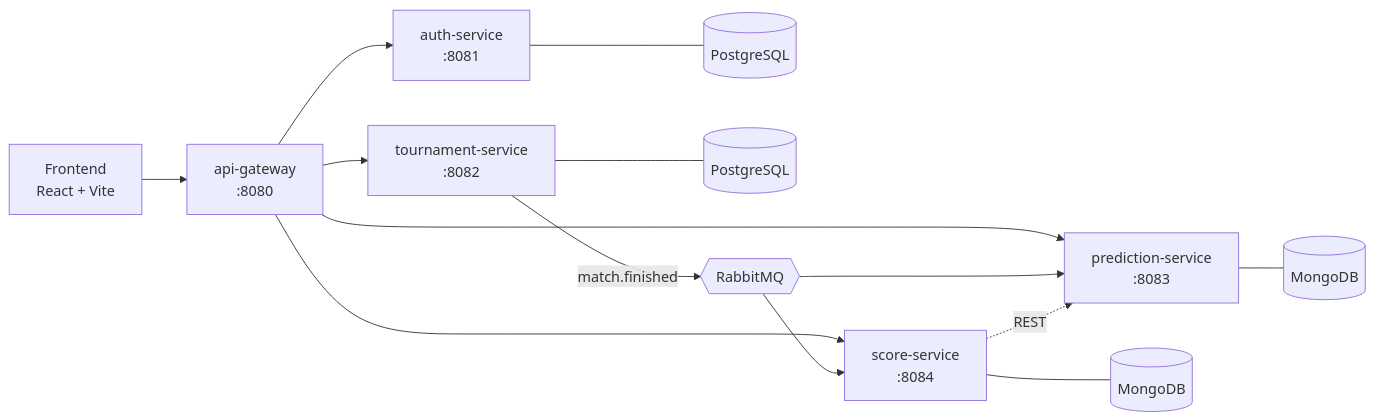
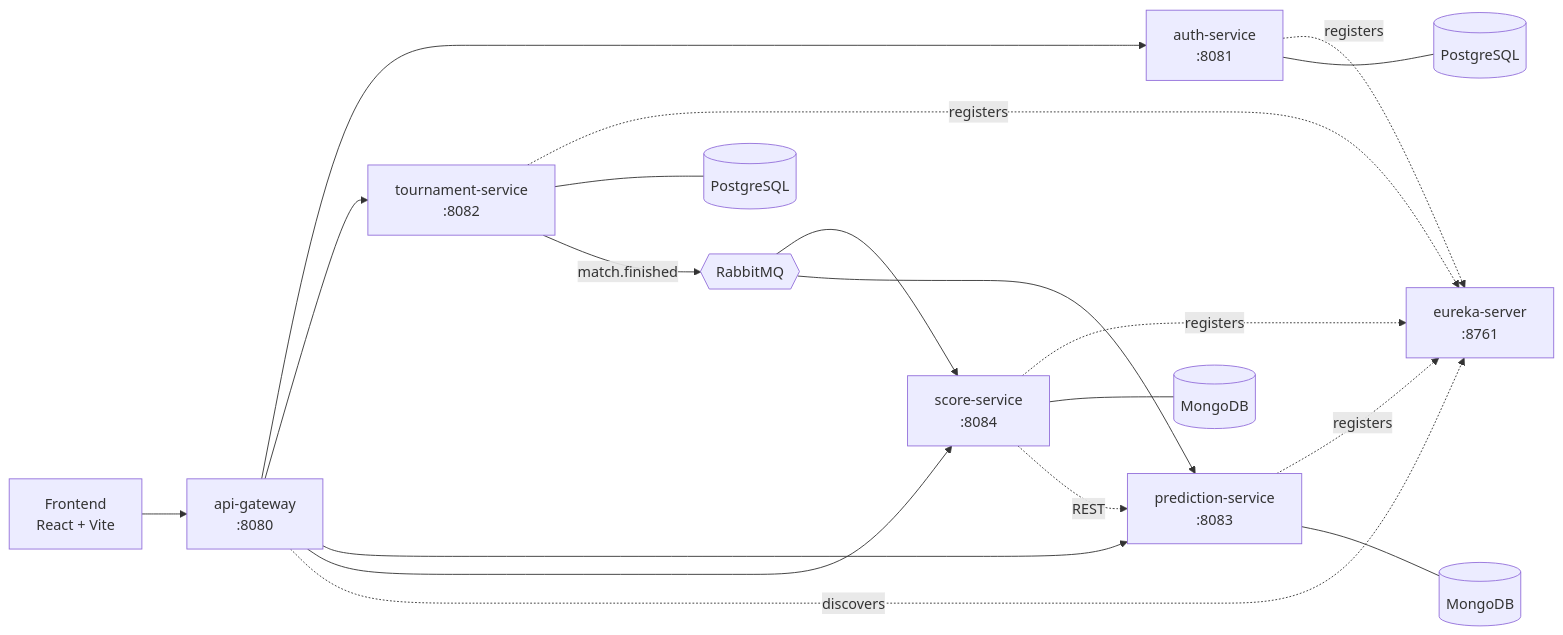
One commit to Style12341/scoregrid changed the diagram in README.md. Above: the diagram before and after it, drawn with Mermaid. The commit also changed other lines of this file and 30 other files, not shown here.

````diff
--- a/README.md
+++ b/README.md
@@ -29,18 +29,24 @@
 ```mermaid
 flowchart LR
     FE["Frontend<br/>React + Vite"] --> GW["api-gateway<br/>:8080"]
+    ER["eureka-server<br/>:8761"]
     GW --> AU["auth-service<br/>:8081"]
     GW --> TO["tournament-service<br/>:8082"]
     GW --> PR["prediction-service<br/>:8083"]
     GW --> SC["score-service<br/>:8084"]
+    AU -. "registers" .-> ER
+    TO -. "registers" .-> ER
+    PR -. "registers" .-> ER
+    SC -. "registers" .-> ER
+    GW -. "discovers" .-> ER
 
     AU --- PGA[("PostgreSQL")]
     TO --- PGT[("PostgreSQL")]
     PR --- MOP[("MongoDB")]
     SC --- MOS[("MongoDB")]
 
     TO -- "match.finished" --> MQ{{"RabbitMQ"}}
     MQ --> SC
     MQ --> PR
     SC -. "REST" .-> PR
 ```
````
